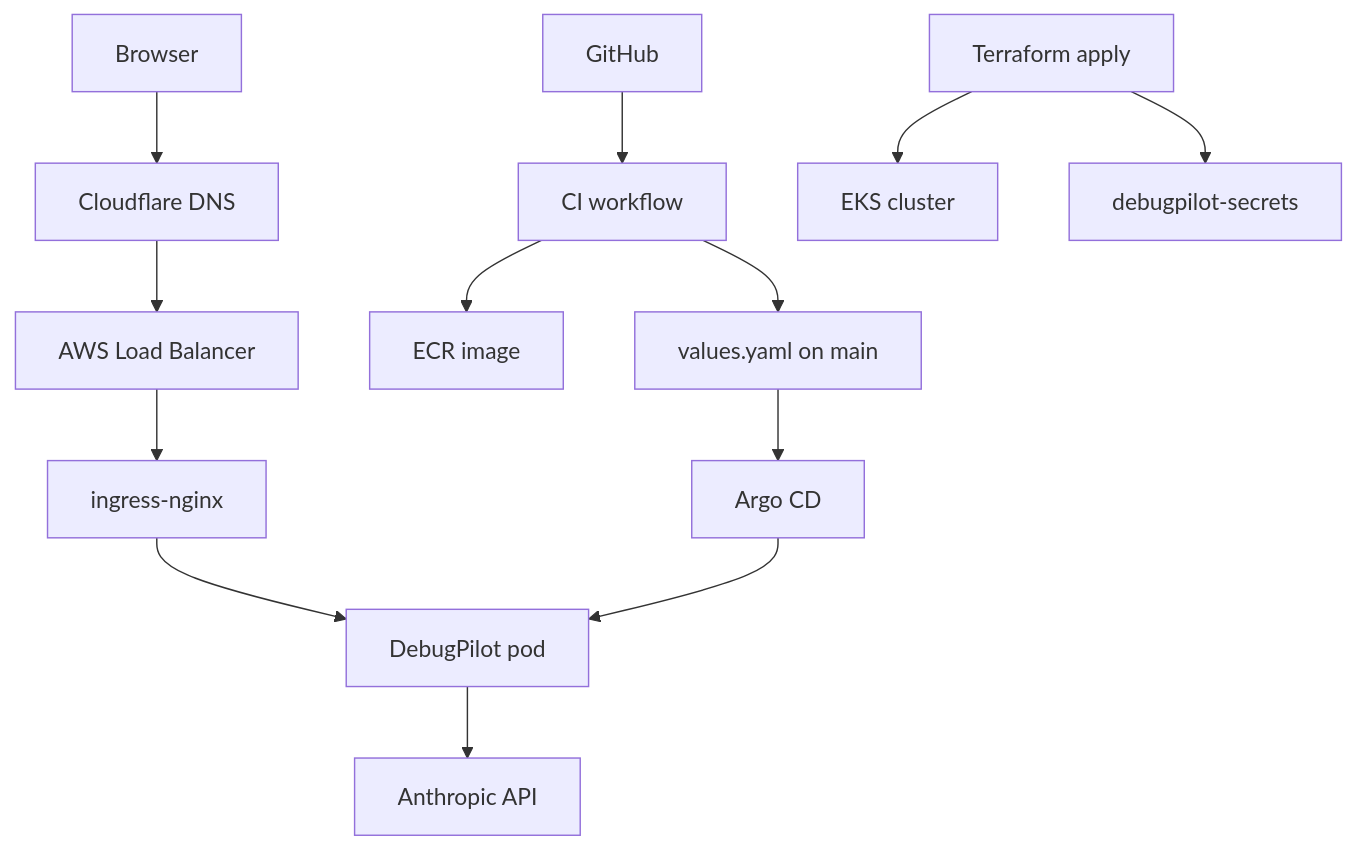
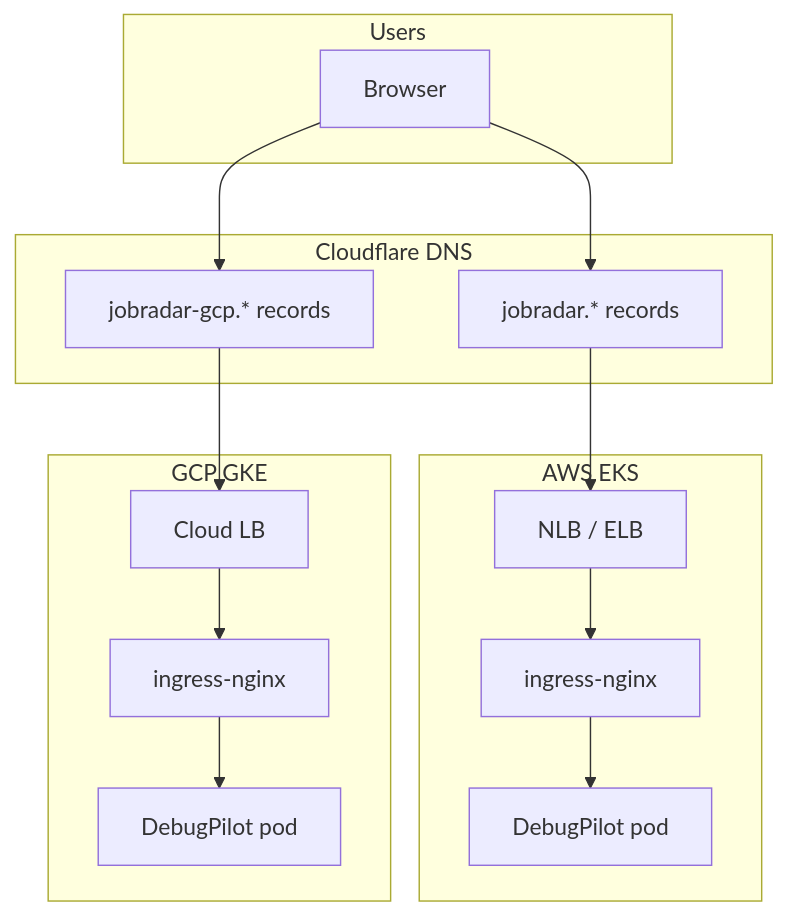
One commit to manavmalavia18/DebugPilot changed the second of 2 diagrams in README.md. Above: the diagram before and after it, drawn with Mermaid. The commit also changed other lines of this file, not shown here.

First line of the commit message:
docs: expand README with multi-cloud stack and DNS failover guide.

````diff
--- a/README.md
+++ b/README.md
@@ -168,15 +194,22 @@
 ```mermaid
 flowchart TB
-  User[Browser] --> DNS[Cloudflare DNS]
-  DNS --> LB[AWS Load Balancer]
-  LB --> NGINX[ingress-nginx]
-  NGINX --> Pod[DebugPilot pod]
-  Pod --> Claude[Anthropic API]
-  GH[GitHub] --> CI[CI workflow]
-  CI --> ECR[ECR image]
-  CI --> Git[values.yaml on main]
-  Git --> Argo[Argo CD]
-  Argo --> Pod
-  TF[Terraform apply] --> EKS[EKS cluster]
-  TF --> Secret[debugpilot-secrets]
+  subgraph users [Users]
+    U[Browser]
+  end
+  subgraph dns [Cloudflare DNS]
+    AWSrec[jobradar.* records]
+    GCPrec[jobradar-gcp.* records]
+  end
+  subgraph aws [AWS EKS]
+    AWSlb[NLB / ELB]
+    AWSing[ingress-nginx]
+    AWSpod[DebugPilot pod]
+  end
+  subgraph gcp [GCP GKE]
+    GCPlb[Cloud LB]
+    GCPing[ingress-nginx]
+    GCPpod[DebugPilot pod]
+  end
+  U --> AWSrec --> AWSlb --> AWSing --> AWSpod
+  U --> GCPrec --> GCPlb --> GCPing --> GCPpod
 ```
````
